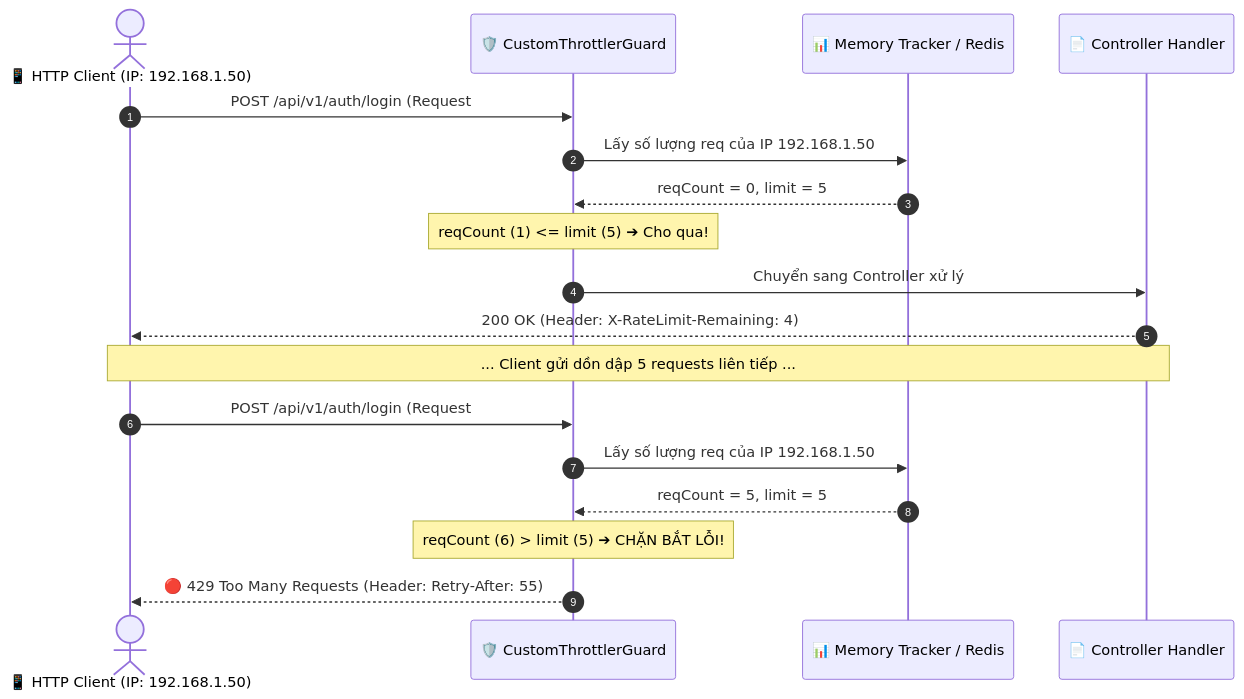
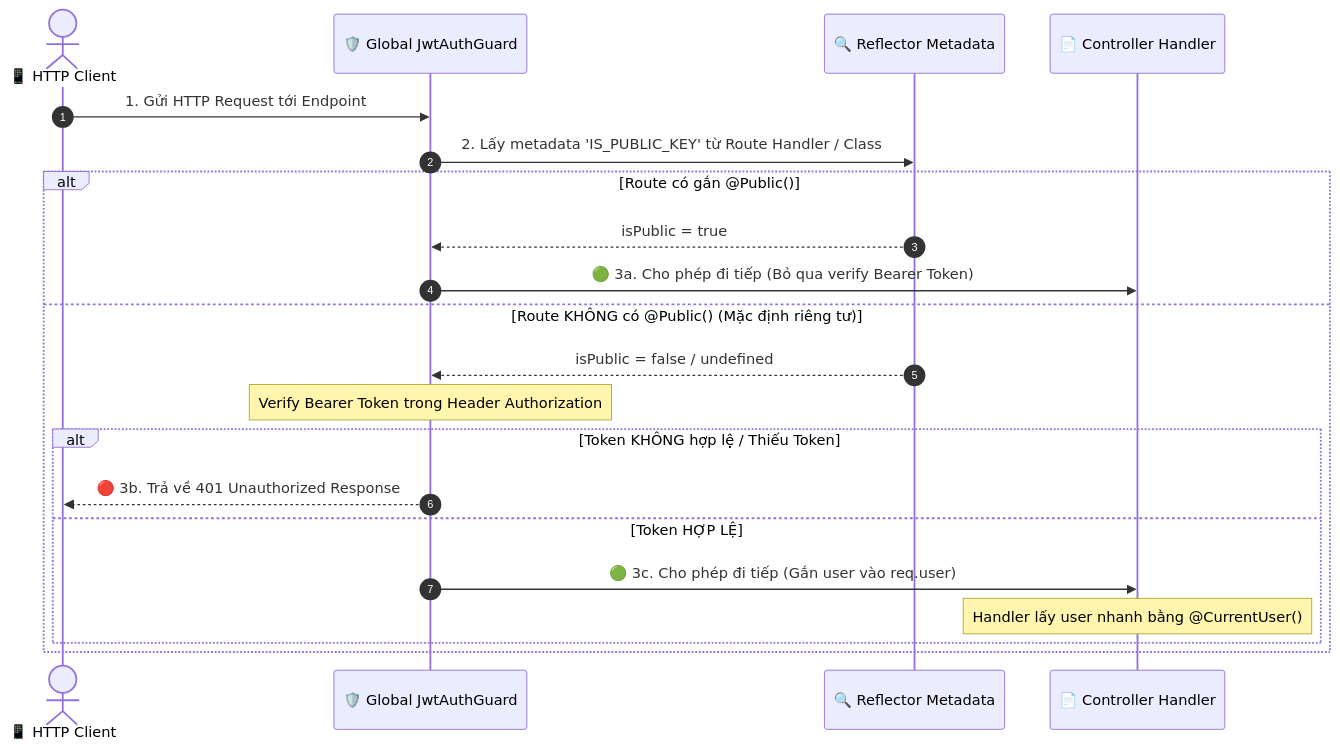
The second of 3 diagrams in docs/modules/module-04/lesson-4.5/lesson-4.5.md (thanhmati/nestjs-basic-course), drawn with Mermaid before and after one commit. The commit also changed other lines of this file and 10 other files, not shown here.

````diff
--- a/docs/modules/module-04/lesson-4.5/lesson-4.5.md
+++ b/docs/modules/module-04/lesson-4.5/lesson-4.5.md
@@ -63,23 +68,25 @@
 ```mermaid
 sequenceDiagram
     autonumber
-    actor Client as 📱 HTTP Client (IP: 192.168.1.50)
-    participant Guard as 🛡️ CustomThrottlerGuard
-    participant Tracker as 📊 Memory Tracker / Redis
+    actor Client as 📱 HTTP Client
+    participant Guard as 🛡️ Global JwtAuthGuard
+    participant Reflector as 🔍 Reflector Metadata
     participant Controller as 📄 Controller Handler
 
-    Client->>Guard: POST /api/v1/auth/login (Request #1)
-    Guard->>Tracker: Lấy số lượng req của IP 192.168.1.50
-    Tracker-->>Guard: reqCount = 0, limit = 5
-    Note over Guard: reqCount (1) <= limit (5) ➔ Cho qua!
-    Guard->>Controller: Chuyển sang Controller xử lý
-    Controller-->>Client: 200 OK (Header: X-RateLimit-Remaining: 4)
+    Client->>Guard: 1. Gửi HTTP Request tới Endpoint
+    Guard->>Reflector: 2. Lấy metadata 'IS_PUBLIC_KEY' từ Route Handler / Class
 
-    Note over Client,Controller: ... Client gửi dồn dập 5 requests liên tiếp ...
-
-    Client->>Guard: POST /api/v1/auth/login (Request #6 - Vượt limit!)
-    Guard->>Tracker: Lấy số lượng req của IP 192.168.1.50
-    Tracker-->>Guard: reqCount = 5, limit = 5
-    Note over Guard: reqCount (6) > limit (5) ➔ CHẶN BẮT LỖI!
-    Guard-->>Client: 🔴 429 Too Many Requests (Header: Retry-After: 55)
+    alt Route có gắn @Public()
+        Reflector-->>Guard: isPublic = true
+        Guard->>Controller: 🟢 3a. Cho phép đi tiếp (Bỏ qua verify Bearer Token)
+    else Route KHÔNG có @Public() (Mặc định riêng tư)
+        Reflector-->>Guard: isPublic = false / undefined
+        Note over Guard: Verify Bearer Token trong Header Authorization
+        alt Token KHÔNG hợp lệ / Thiếu Token
+            Guard-->>Client: 🔴 3b. Trả về 401 Unauthorized Response
+        else Token HỢP LỆ
+            Guard->>Controller: 🟢 3c. Cho phép đi tiếp (Gắn user vào req.user)
+            Note over Controller: Handler lấy user nhanh bằng @CurrentUser()
+        end
+    end
 ```
````
